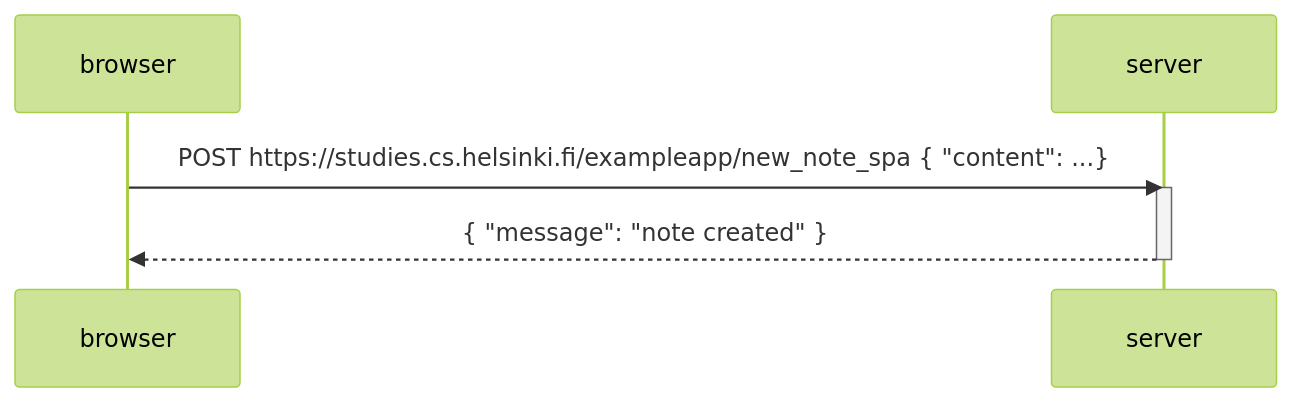
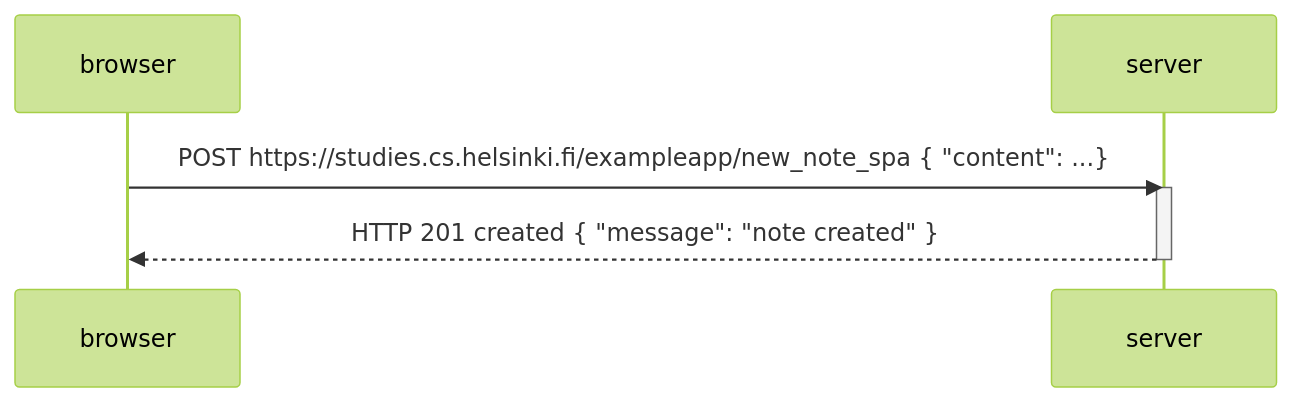
Before and after one commit to Joveful/mooc-fullstack-sub: the diagram in part0/task6.md, drawn with Mermaid (forest theme).

Commit message:
add http

````diff
--- a/part0/task6.md
+++ b/part0/task6.md
@@ -1,10 +1,10 @@
 ```mermaid
 sequenceDiagram
     participant browser
     participant server
 
     browser->>server: POST https://studies.cs.helsinki.fi/exampleapp/new_note_spa { "content": ...}
     activate server
-    server-->>browser: { "message": "note created" }
+    server-->>browser: HTTP 201 created { "message": "note created" }
     deactivate server
 ```
````
